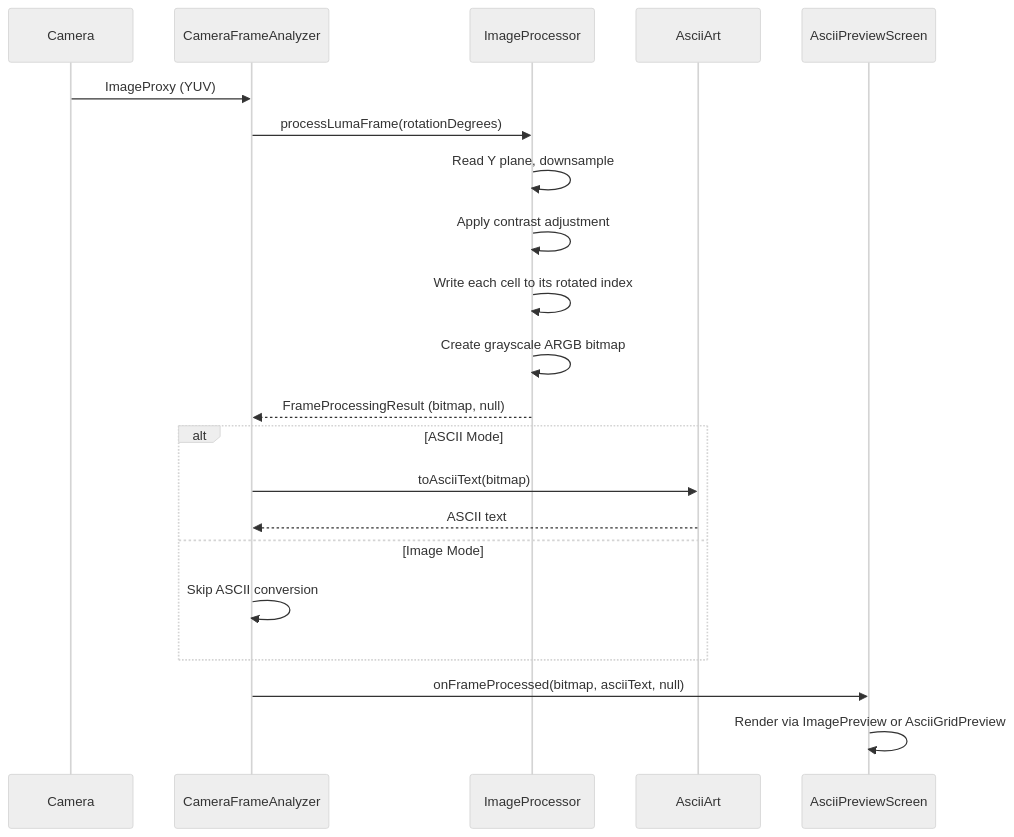
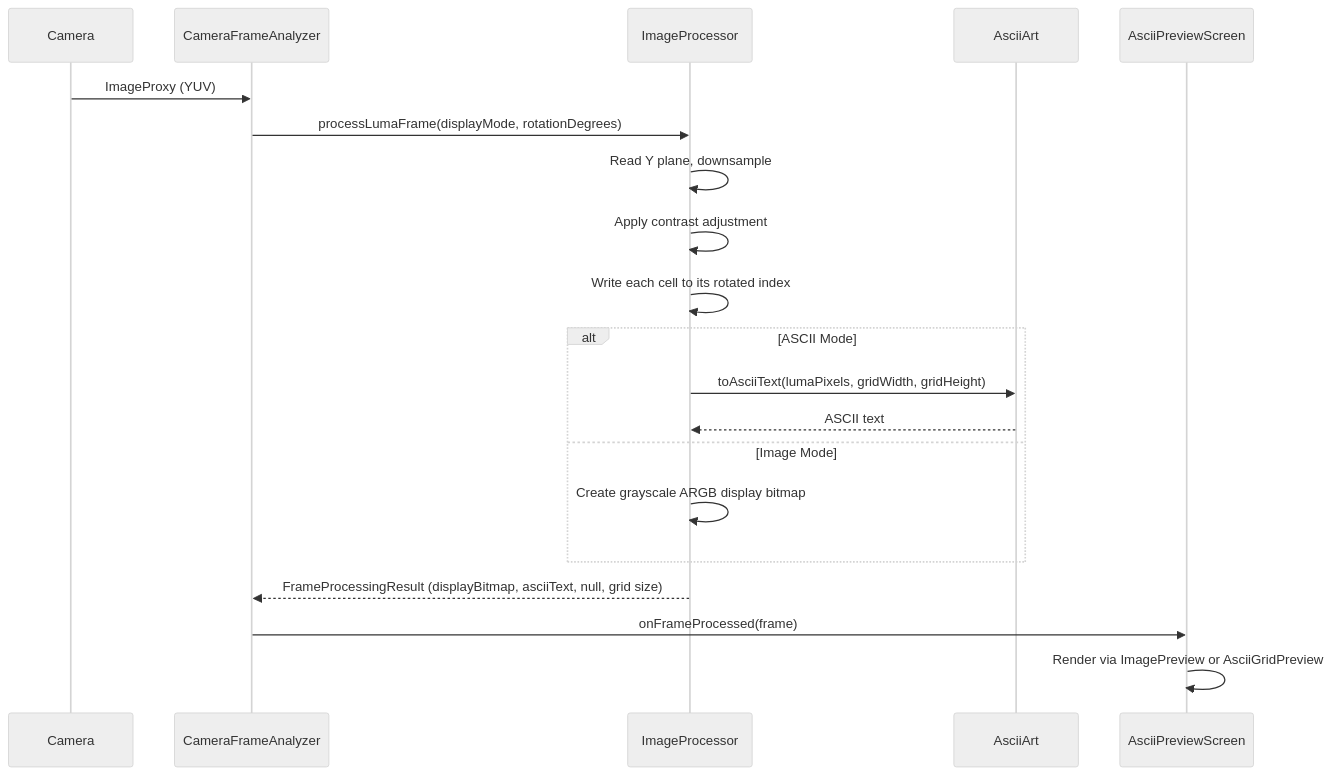
Before and after one commit to replicant1/AsciiArt: the diagram in docs/sequence-grayscale.mmd, drawn with Mermaid (neutral theme). The commit also changed 9 other files, not shown here.

First line of the commit message:
Mark items 9 and 15 fixed and refresh the diagrams

```diff
--- a/docs/sequence-grayscale.mmd
+++ b/docs/sequence-grayscale.mmd
@@ -1,22 +1,21 @@
 sequenceDiagram
     participant Camera
     participant CFA as CameraFrameAnalyzer
     participant IP as ImageProcessor
     participant AA as AsciiArt
     participant UI as AsciiPreviewScreen
 
     Camera->>CFA: ImageProxy (YUV)
-    CFA->>IP: processLumaFrame(rotationDegrees)
+    CFA->>IP: processLumaFrame(displayMode, rotationDegrees)
     IP->>IP: Read Y plane, downsample
     IP->>IP: Apply contrast adjustment
     IP->>IP: Write each cell to its rotated index
-    IP->>IP: Create grayscale ARGB bitmap
-    IP-->>CFA: FrameProcessingResult (bitmap, null)
     alt ASCII Mode
-        CFA->>AA: toAsciiText(bitmap)
-        AA-->>CFA: ASCII text
+        IP->>AA: toAsciiText(lumaPixels, gridWidth, gridHeight)
+        AA-->>IP: ASCII text
     else Image Mode
-        CFA->>CFA: Skip ASCII conversion
+        IP->>IP: Create grayscale ARGB display bitmap
     end
-    CFA->>UI: onFrameProcessed(bitmap, asciiText, null)
+    IP-->>CFA: FrameProcessingResult (displayBitmap, asciiText, null, grid size)
+    CFA->>UI: onFrameProcessed(frame)
     UI->>UI: Render via ImagePreview or AsciiGridPreview
```
